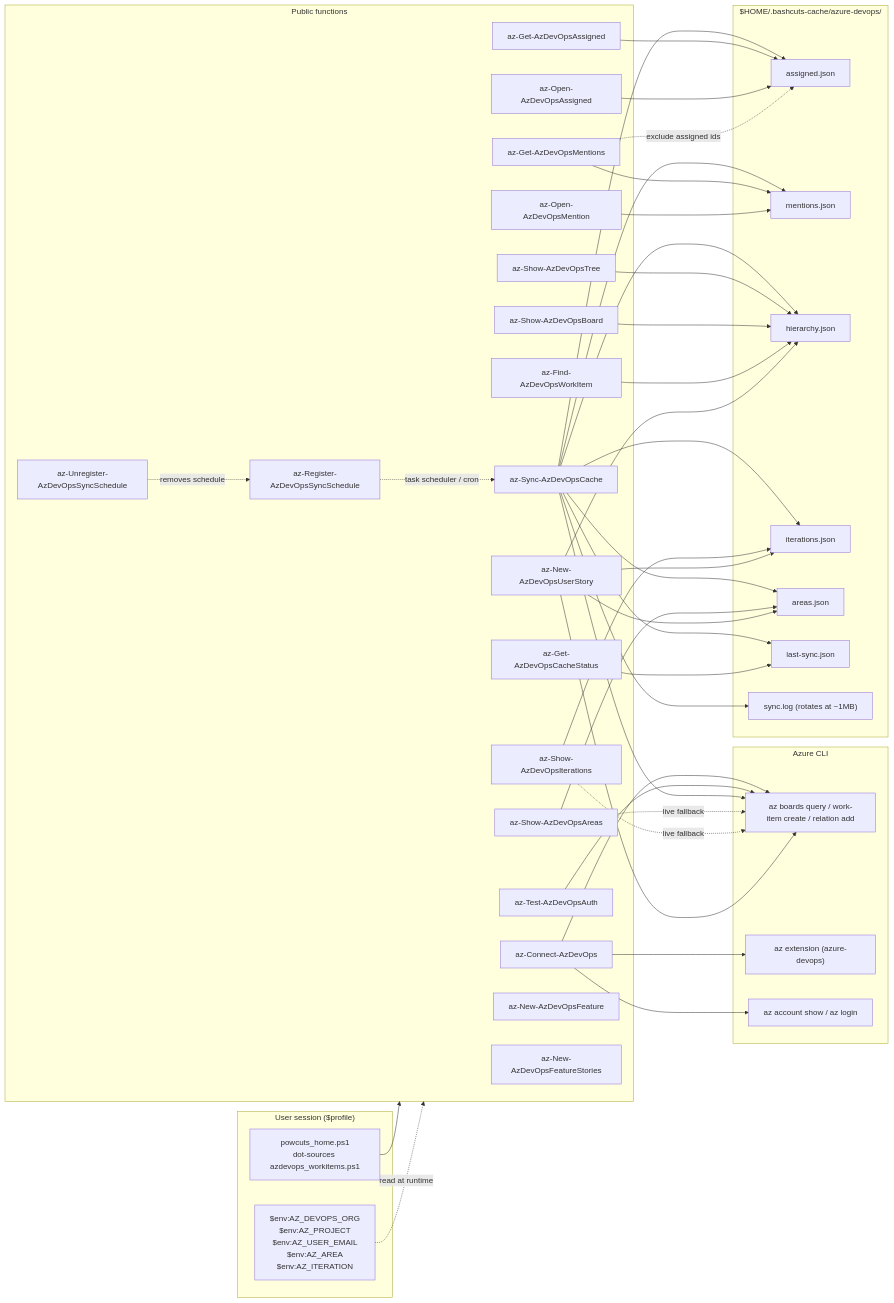
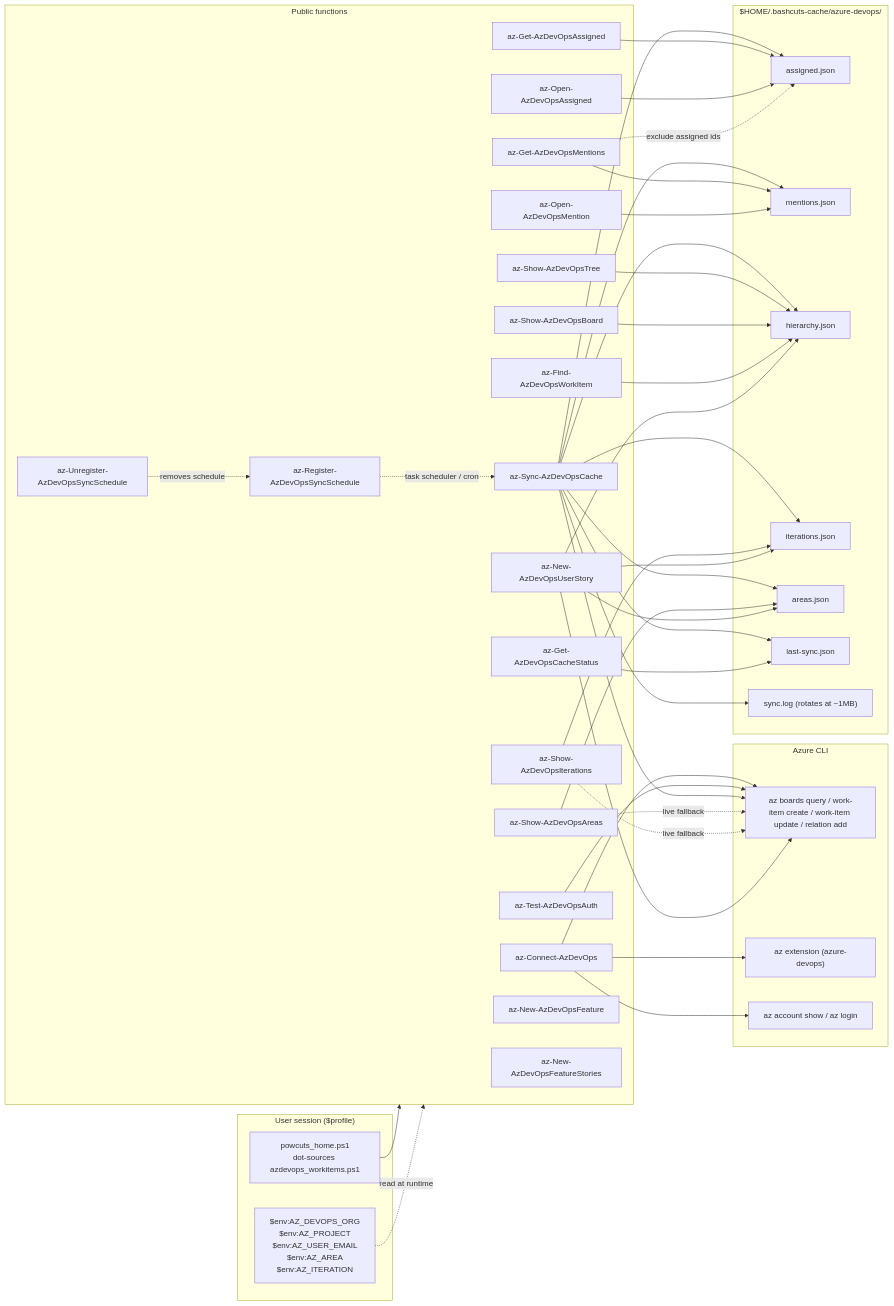
One commit to jdschleicher/bashcuts changed the first of 12 diagrams in docs/azure-devops-diagrams.md. Above: the diagram before and after it, drawn with Mermaid. The commit also changed other lines of this file, not shown here.

Commit message:
docs(#68): refresh AzDO diagrams for Add-AzDevOpsDiscussionComment + work-item update
- Diagram 1: AzBoards label includes `work-item update` now that Add-AzDevOpsDiscussionComment posts via `az boards work-item update --discussion`
- Diagram 11: new AddDisc node under the Data-plane wrappers cluster; AddDisc --> AzJson edge so the wrapper's path to az is rendered

Pre-existing drift in the dependency map (schema helpers from #34/#35, `az boards work-item show`) is out of scope for this PR.

https://claude.ai/code/session_01JrwngUJ5hNkiPfCKHvmQLm

```diff
--- a/docs/azure-devops-diagrams.md
+++ b/docs/azure-devops-diagrams.md
@@ -59,7 +59,7 @@
     end
 
     subgraph AzCLI["Azure CLI"]
-        AzBoards["az boards query / work-item create / relation add"]
+        AzBoards["az boards query / work-item create / work-item update / relation add"]
         AzExt["az extension (azure-devops)"]
         AzAcct["az account show / az login"]
     end
```
